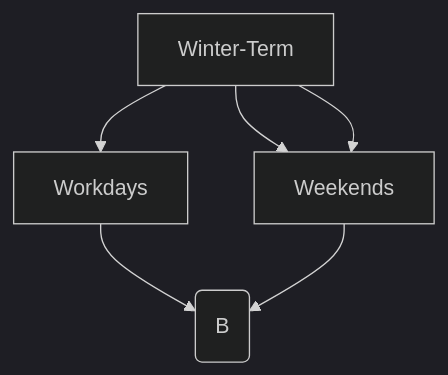
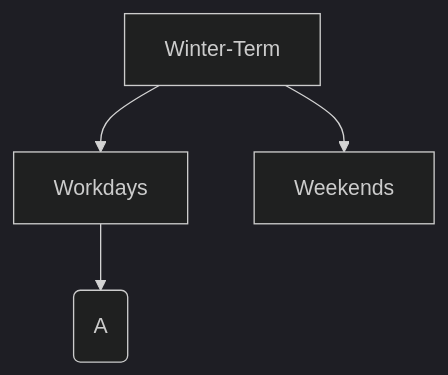
One commit to hajri94/Predictive-Model-for-Heat-Load-in-Buildings-Connected-to-District-Heating-Network changed the diagram in README.md. Above: the diagram before and after it, drawn with Mermaid (dark theme).

````diff
--- a/README.md
+++ b/README.md
@@ -71,8 +71,6 @@
 ```mermaid
 graph TD;
     Winter-Term-->Workdays;
     Winter-Term-->Weekends;    
-    Workdays-->Model-(A);    
-    Winter-Term-->Weekends
-    Weekends-->Model-(B)
+    Workdays-->Model-(A);        
 ```
````
